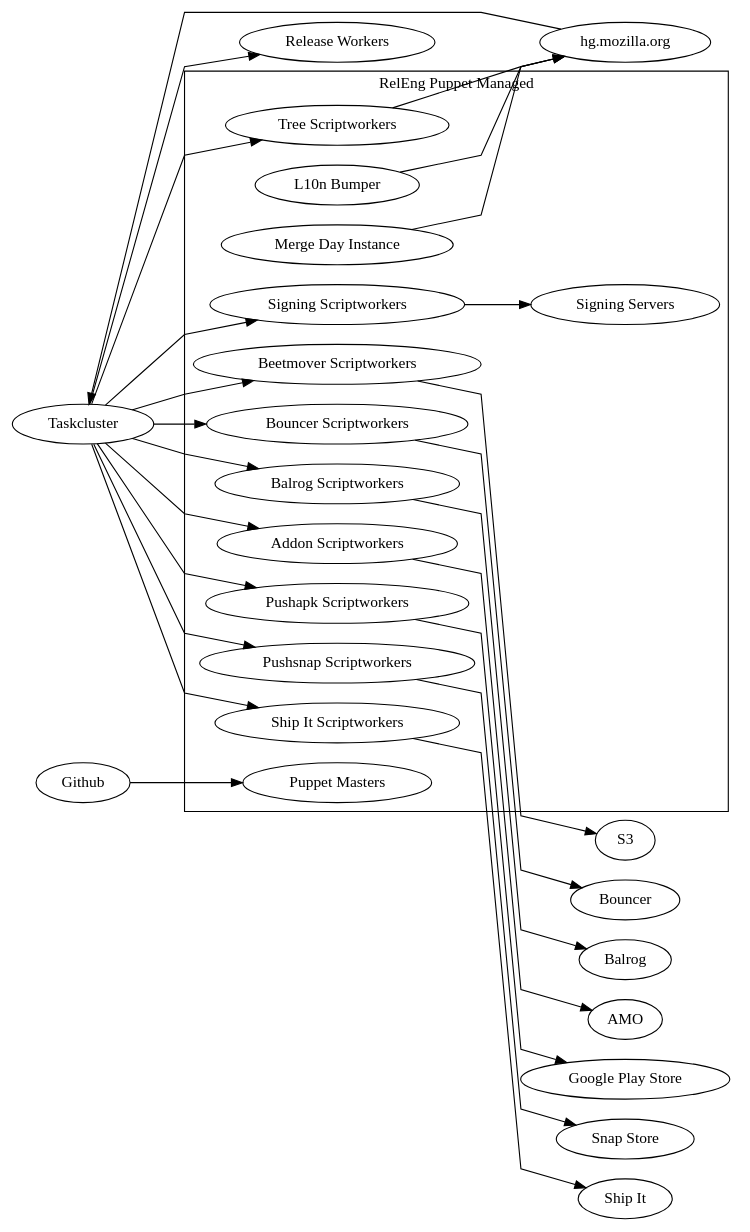
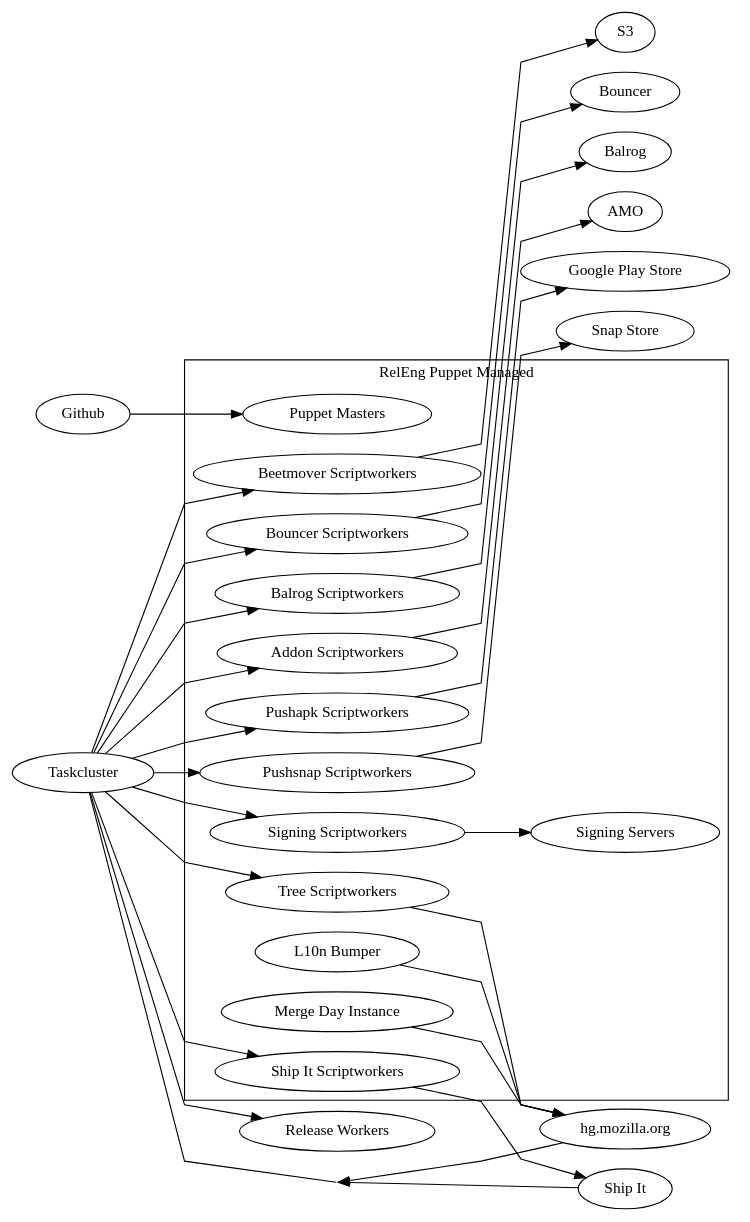
Before and after one commit to hwine/release-diagrams: the diagram in release-infra.dot, drawn with Graphviz. The commit also changed 1 other file, not shown here.

```diff
--- a/release-infra.dot
+++ b/release-infra.dot
@@ -1,62 +1,63 @@
 digraph "Release Infrastructure" {
     rankdir="LR"
     splines="polyline"
     newrank=true
     concentrate=true
 
     tc [label="Taskcluster"]
     hg [label="hg.mozilla.org"]
     shipit [label="Ship It"]
     gh [label="Github"]
     bw [label="Release Workers"]
     subgraph cluster_puppet {
         label = "RelEng Puppet Managed"
         bms [label="Beetmover Scriptworkers"]
         bouncesw [label="Bouncer Scriptworkers"]
         bs [label="Balrog Scriptworkers"]
         sw [label="Signing Scriptworkers"]
         ss [label="Signing Servers"]
         as [label="Addon Scriptworkers"]
         l10n [label="L10n Bumper"]
         pas [label="Pushapk Scriptworkers"]
         pss [label="Pushsnap Scriptworkers"]
         sis [label="Ship It Scriptworkers"]
         ts [label="Tree Scriptworkers"]
         md [label="Merge Day Instance"]
         pm [label="Puppet Masters"]
     }
     AMO
     Balrog
     Bouncer
     S3
     gp [label="Google Play Store"]
     snap [label="Snap Store"]
 
 
     "gh" -> "pm"
 
     "hg" -> "tc"
 
     "tc" -> "bw"
     "tc" -> "sw"
     "tc" -> "as"
     "tc" -> "bs"
     "tc" -> "bms"
     "tc" -> "bouncesw"
     "tc" -> "pas"
     "tc" -> "pss"
     "tc" -> "sis"
     "tc" -> "ts"
 
     "bouncesw" -> "Bouncer"
     "bs" -> "Balrog"
     "as" -> "AMO"
     "sis" -> "shipit"
     "md" -> "hg"
     "l10n" -> "hg"
     "sw" -> "ss"
     "bms" -> "S3"
     "ts" -> "hg"
     "pas" -> "gp"
     "pss" -> "snap"
+    "shipit" -> "tc"
 }
```
